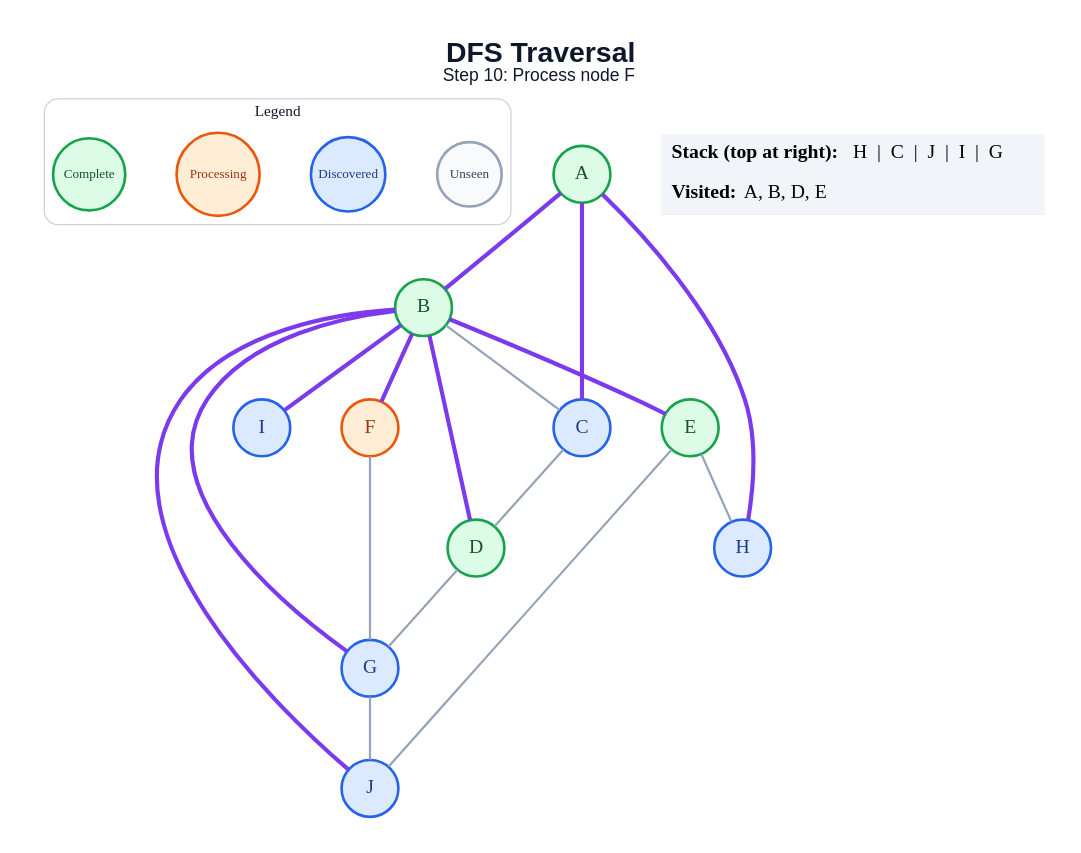
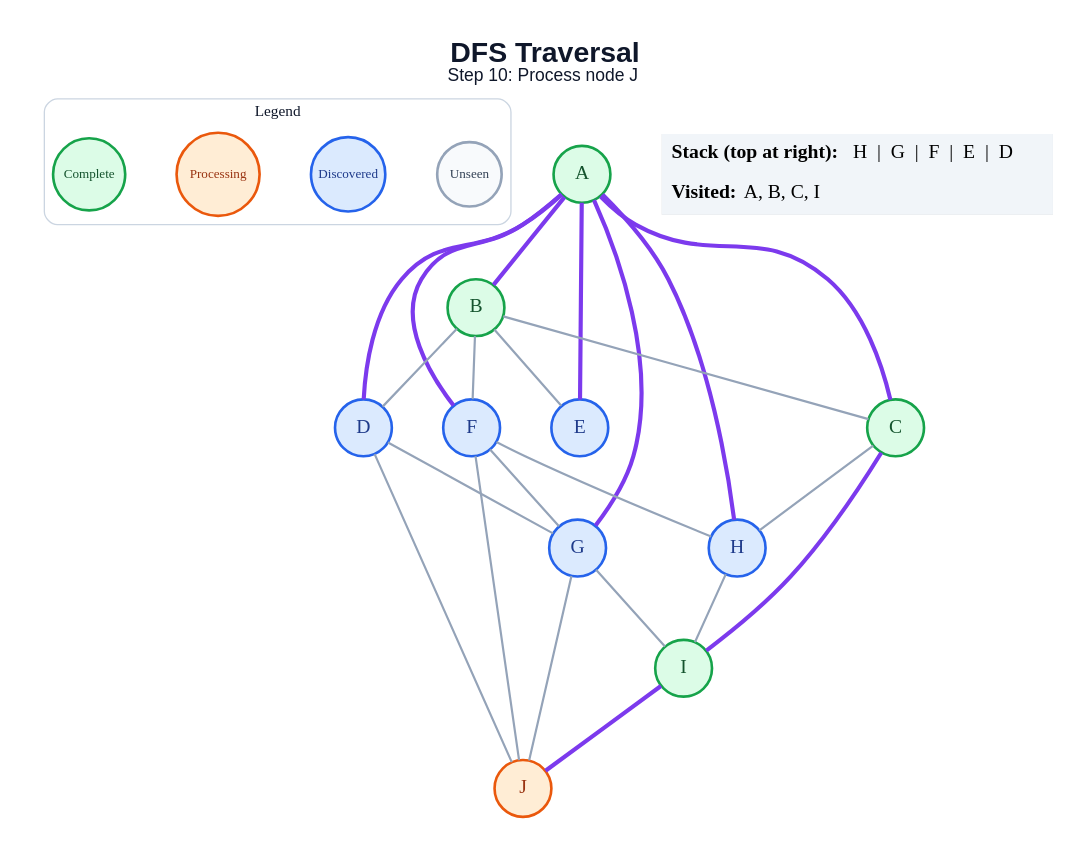
Before and after one commit to amanghodawala9/ai-slop: the diagram in generated/dfs/step_10.dot, drawn with Graphviz. The commit also changed 178 other files, not shown here.

```diff
--- a/generated/dfs/step_10.dot
+++ b/generated/dfs/step_10.dot
@@ -1,45 +1,51 @@
 graph traversal {
   graph [layout=dot, rankdir=TB, bgcolor="#FFFFFF", pad="0.35", nodesep="0.65", ranksep="0.8", fontname="Arial"];
   node [shape=circle, style="filled", fontname="Arial Bold", fontsize=18, width=0.72, fixedsize=true, penwidth=2.4];
   edge [color="#94A3B8", penwidth=2.0];
-  label=<<B>DFS Traversal</B><BR/><FONT POINT-SIZE="16">Step 10: Process node F</FONT>>; labelloc="t"; fontsize=26; fontname="Arial"; fontcolor="#0F172A";
+  label=<<B>DFS Traversal</B><BR/><FONT POINT-SIZE="16">Step 10: Process node J</FONT>>; labelloc="t"; fontsize=26; fontname="Arial"; fontcolor="#0F172A";
   subgraph cluster_legend { label="Legend"; color="#CBD5E1"; penwidth=1.2; style="rounded"; fontsize=14; fontname="Arial Bold";
     key_unseen [label="Unseen", fillcolor="#F8FAFC", color="#94A3B8", fontcolor="#334155", fontsize=12, width=0.82];
     key_frontier [label="Discovered", fillcolor="#DBEAFE", color="#2563EB", fontcolor="#1E3A8A", fontsize=12, width=0.95];
     key_current [label="Processing", fillcolor="#FFEDD5", color="#EA580C", fontcolor="#9A3412", fontsize=12, width=1.05];
     key_done [label="Complete", fillcolor="#DCFCE7", color="#16A34A", fontcolor="#14532D", fontsize=12, width=0.92];
     { rank=same; key_unseen; key_frontier; key_current; key_done; }
   }
   A [fillcolor="#DCFCE7", color="#16A34A", fontcolor="#14532D"];
   B [fillcolor="#DCFCE7", color="#16A34A", fontcolor="#14532D"];
-  C [fillcolor="#DBEAFE", color="#2563EB", fontcolor="#1E3A8A"];
-  D [fillcolor="#DCFCE7", color="#16A34A", fontcolor="#14532D"];
-  E [fillcolor="#DCFCE7", color="#16A34A", fontcolor="#14532D"];
-  F [fillcolor="#FFEDD5", color="#EA580C", fontcolor="#9A3412"];
+  C [fillcolor="#DCFCE7", color="#16A34A", fontcolor="#14532D"];
+  D [fillcolor="#DBEAFE", color="#2563EB", fontcolor="#1E3A8A"];
+  E [fillcolor="#DBEAFE", color="#2563EB", fontcolor="#1E3A8A"];
+  F [fillcolor="#DBEAFE", color="#2563EB", fontcolor="#1E3A8A"];
   G [fillcolor="#DBEAFE", color="#2563EB", fontcolor="#1E3A8A"];
   H [fillcolor="#DBEAFE", color="#2563EB", fontcolor="#1E3A8A"];
-  I [fillcolor="#DBEAFE", color="#2563EB", fontcolor="#1E3A8A"];
-  J [fillcolor="#DBEAFE", color="#2563EB", fontcolor="#1E3A8A"];
+  I [fillcolor="#DCFCE7", color="#16A34A", fontcolor="#14532D"];
+  J [fillcolor="#FFEDD5", color="#EA580C", fontcolor="#9A3412"];
   A -- B [color="#7C3AED", penwidth=3.8];
   A -- C [color="#7C3AED", penwidth=3.8];
+  A -- D [color="#7C3AED", penwidth=3.8];
+  A -- E [color="#7C3AED", penwidth=3.8];
+  A -- F [color="#7C3AED", penwidth=3.8];
+  A -- G [color="#7C3AED", penwidth=3.8];
   A -- H [color="#7C3AED", penwidth=3.8];
   B -- C;
-  B -- D [color="#7C3AED", penwidth=3.8];
-  B -- E [color="#7C3AED", penwidth=3.8];
-  B -- F [color="#7C3AED", penwidth=3.8];
-  B -- G [color="#7C3AED", penwidth=3.8];
-  B -- I [color="#7C3AED", penwidth=3.8];
-  B -- J [color="#7C3AED", penwidth=3.8];
-  C -- D;
+  B -- D;
+  B -- E;
+  B -- F;
+  C -- H;
+  C -- I [color="#7C3AED", penwidth=3.8];
   D -- G;
-  E -- H;
-  E -- J;
+  D -- J;
   F -- G;
+  F -- H;
+  F -- J;
+  G -- I;
   G -- J;
+  H -- I;
+  I -- J [color="#7C3AED", penwidth=3.8];
   status [shape=plain, fixedsize=false, width=0, height=0, margin=0, label=<
     <TABLE BORDER="0" CELLBORDER="0" CELLPADDING="7" BGCOLOR="#F1F5F9">
-      <TR><TD ALIGN="LEFT"><B>Stack (top at right):</B> H  |  C  |  J  |  I  |  G</TD></TR>
-      <TR><TD ALIGN="LEFT"><B>Visited:</B> A, B, D, E</TD></TR>
+      <TR><TD ALIGN="LEFT"><B>Stack (top at right):</B> H  |  G  |  F  |  E  |  D</TD></TR>
+      <TR><TD ALIGN="LEFT"><B>Visited:</B> A, B, C, I</TD></TR>
     </TABLE>
   >];
 }
```
